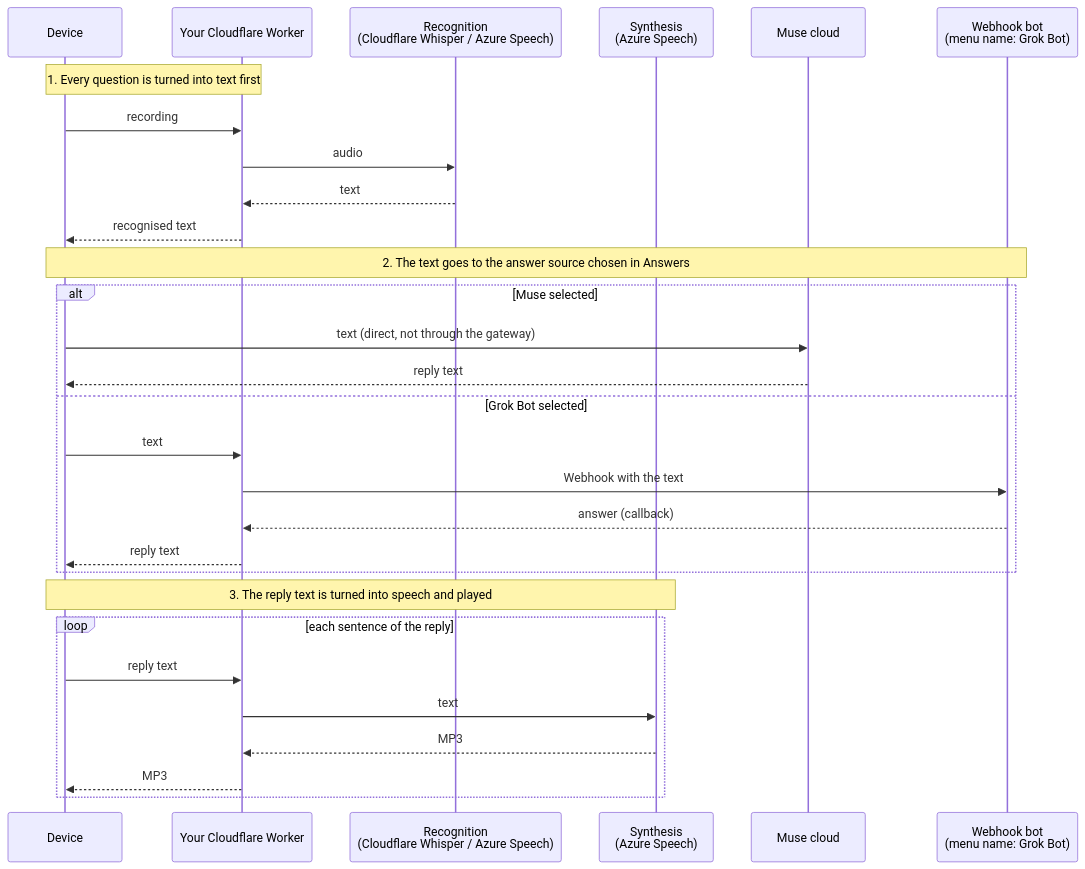
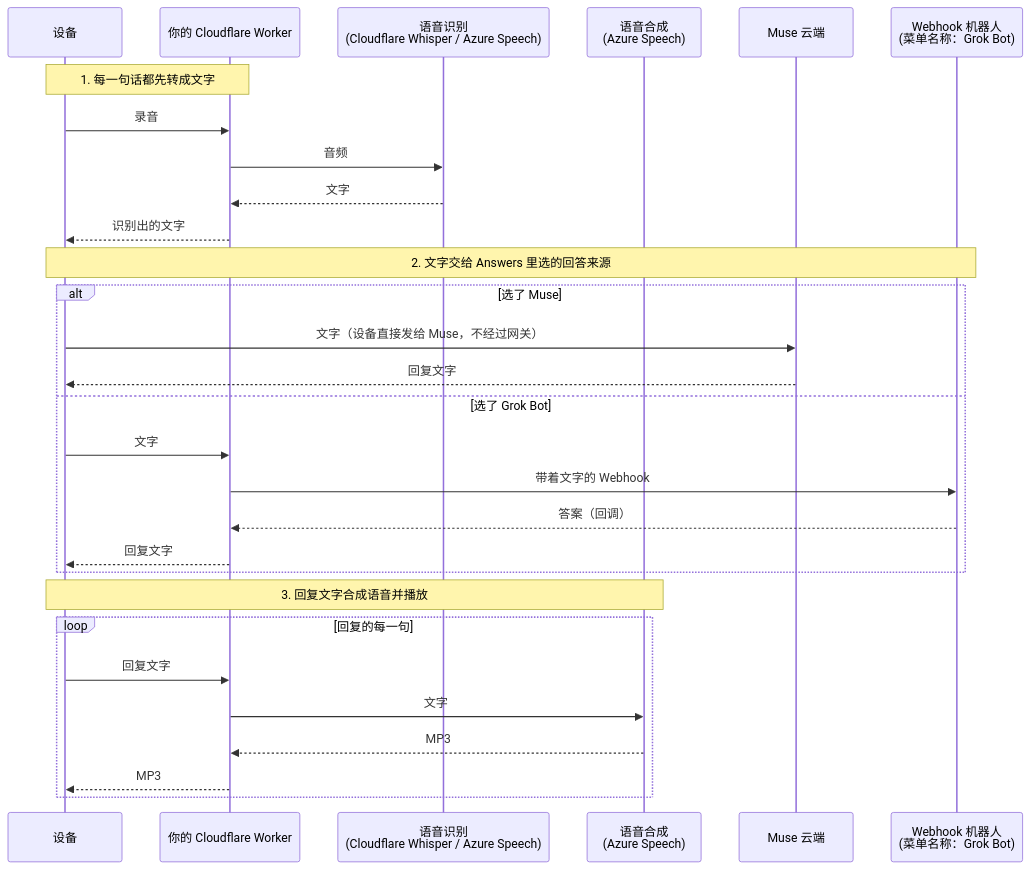
The diagram in README.md (burndown/esp32-twinmate), drawn with Mermaid before and after one commit. The commit also changed other lines of this file and 8 other files, not shown here.

````diff
--- a/README.md
+++ b/README.md
@@ -26,31 +32,31 @@
 ```mermaid
 sequenceDiagram
-  participant D as Device
-  participant G as Your Cloudflare Worker
-  participant A as Recognition<br/>(Cloudflare Whisper / Azure Speech)
-  participant S as Synthesis<br/>(Azure Speech)
-  participant M as Muse cloud
-  participant B as Webhook bot<br/>(menu name: Grok Bot)
-  Note over D,G: 1. Every question is turned into text first
-  D->>G: recording
-  G->>A: audio
-  A-->>G: text
-  G-->>D: recognised text
-  Note over D,B: 2. The text goes to the answer source chosen in Answers
-  alt Muse selected
-    D->>M: text (direct, not through the gateway)
-    M-->>D: reply text
-  else Grok Bot selected
-    D->>G: text
-    G->>B: Webhook with the text
-    B-->>G: answer (callback)
-    G-->>D: reply text
+  participant D as 设备
+  participant G as 你的 Cloudflare Worker
+  participant A as 语音识别<br/>(Cloudflare Whisper / Azure Speech)
+  participant S as 语音合成<br/>(Azure Speech)
+  participant M as Muse 云端
+  participant B as Webhook 机器人<br/>(菜单名称：Grok Bot)
+  Note over D,G: 1. 每一句话都先转成文字
+  D->>G: 录音
+  G->>A: 音频
+  A-->>G: 文字
+  G-->>D: 识别出的文字
+  Note over D,B: 2. 文字交给 Answers 里选的回答来源
+  alt 选了 Muse
+    D->>M: 文字（设备直接发给 Muse，不经过网关）
+    M-->>D: 回复文字
+  else 选了 Grok Bot
+    D->>G: 文字
+    G->>B: 带着文字的 Webhook
+    B-->>G: 答案（回调）
+    G-->>D: 回复文字
   end
-  Note over D,S: 3. The reply text is turned into speech and played
-  loop each sentence of the reply
-    D->>G: reply text
-    G->>S: text
+  Note over D,S: 3. 回复文字合成语音并播放
+  loop 回复的每一句
+    D->>G: 回复文字
+    G->>S: 文字
     S-->>G: MP3
     G-->>D: MP3
   end
 ```
````
